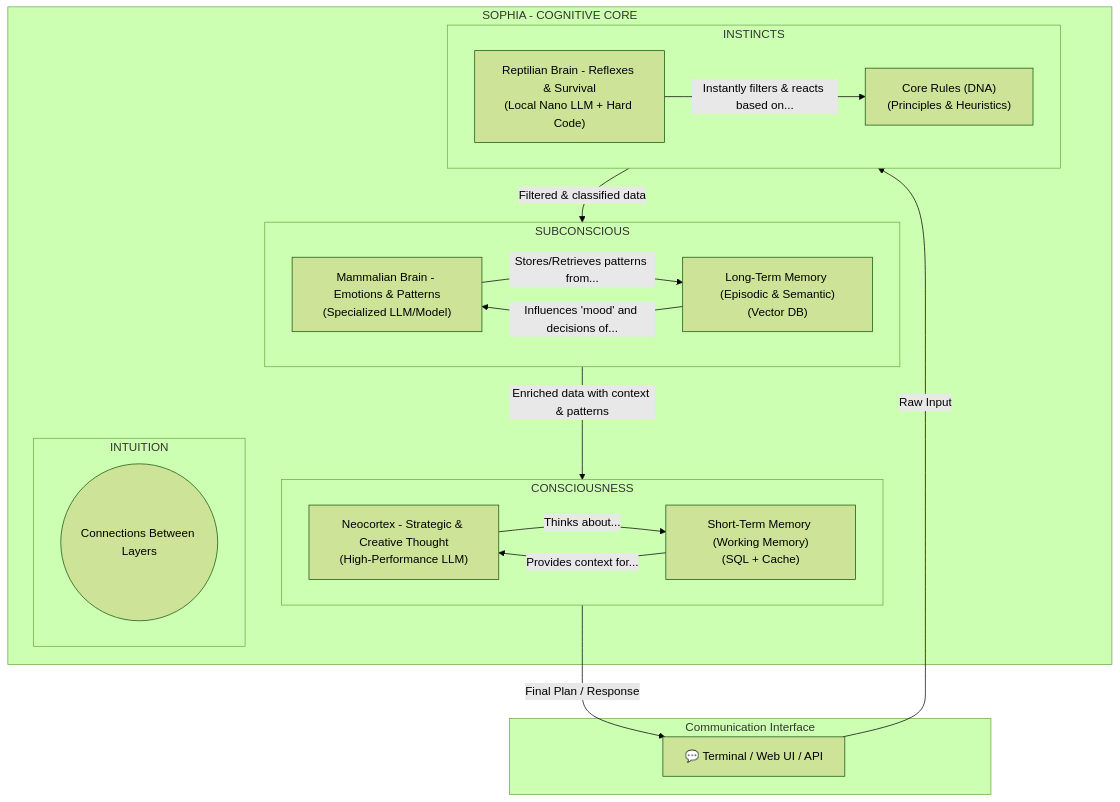
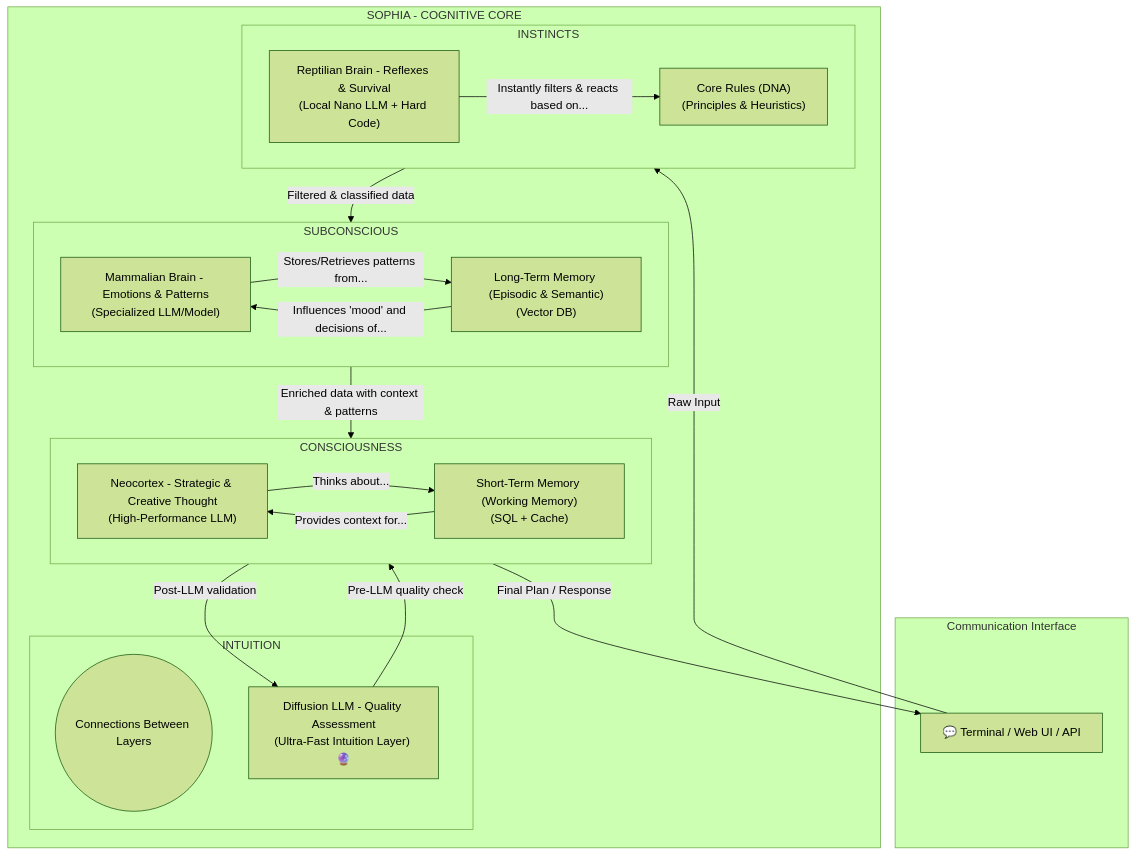
The diagram in docs/en/02_COGNITIVE_ARCHITECTURE.md (kajobert/sophia), drawn with Mermaid (forest theme) before and after one commit. The commit also changed other lines of this file and 8 other files, not shown here.

First line of the commit message:
docs: Aktualizace dokumentace - synchronizace s kĂłdem a pĹ™idĂˇnĂ­ Diffusion LLM

````diff
--- a/docs/en/02_COGNITIVE_ARCHITECTURE.md
+++ b/docs/en/02_COGNITIVE_ARCHITECTURE.md
@@ -19,41 +19,44 @@
 ```mermaid
 graph TD
     subgraph "Communication Interface"
         UI["💬 Terminal / Web UI / API"]
     end
 
     subgraph "SOPHIA - COGNITIVE CORE"
 
         subgraph "CONSCIOUSNESS"
             direction LR
             A["Neocortex - Strategic & Creative Thought\n(High-Performance LLM)"]
             B["Short-Term Memory (Working Memory)\n(SQL + Cache)"]
             A -- "Thinks about..." --> B
             B -- "Provides context for..." --> A
         end
 
         subgraph "SUBCONSCIOUS"
             direction LR
             C["Mammalian Brain - Emotions & Patterns\n(Specialized LLM/Model)"]
             D["Long-Term Memory (Episodic & Semantic)\n(Vector DB)"]
             C -- "Stores/Retrieves patterns from..." --> D
             D -- "Influences 'mood' and decisions of..." --> C
         end
 
         subgraph "INSTINCTS"
             direction LR
             E["Reptilian Brain - Reflexes & Survival\n(Local Nano LLM + Hard Code)"]
             F["Core Rules (DNA)\n(Principles & Heuristics)"]
             E -- "Instantly filters & reacts based on..." --> F
         end
 
         subgraph "INTUITION"
             G((Connections Between Layers))
+            H["Diffusion LLM - Quality Assessment\n(Ultra-Fast Intuition Layer) 🔮"]
+            H -- "Pre-LLM quality check" --> A
+            A -- "Post-LLM validation" --> H
         end
     end
 
     UI -- "Raw Input" --> E
     E -- "Filtered & classified data" --> C
     C -- "Enriched data with context & patterns" --> A
     A -- "Final Plan / Response" --> UI
 ```
````
